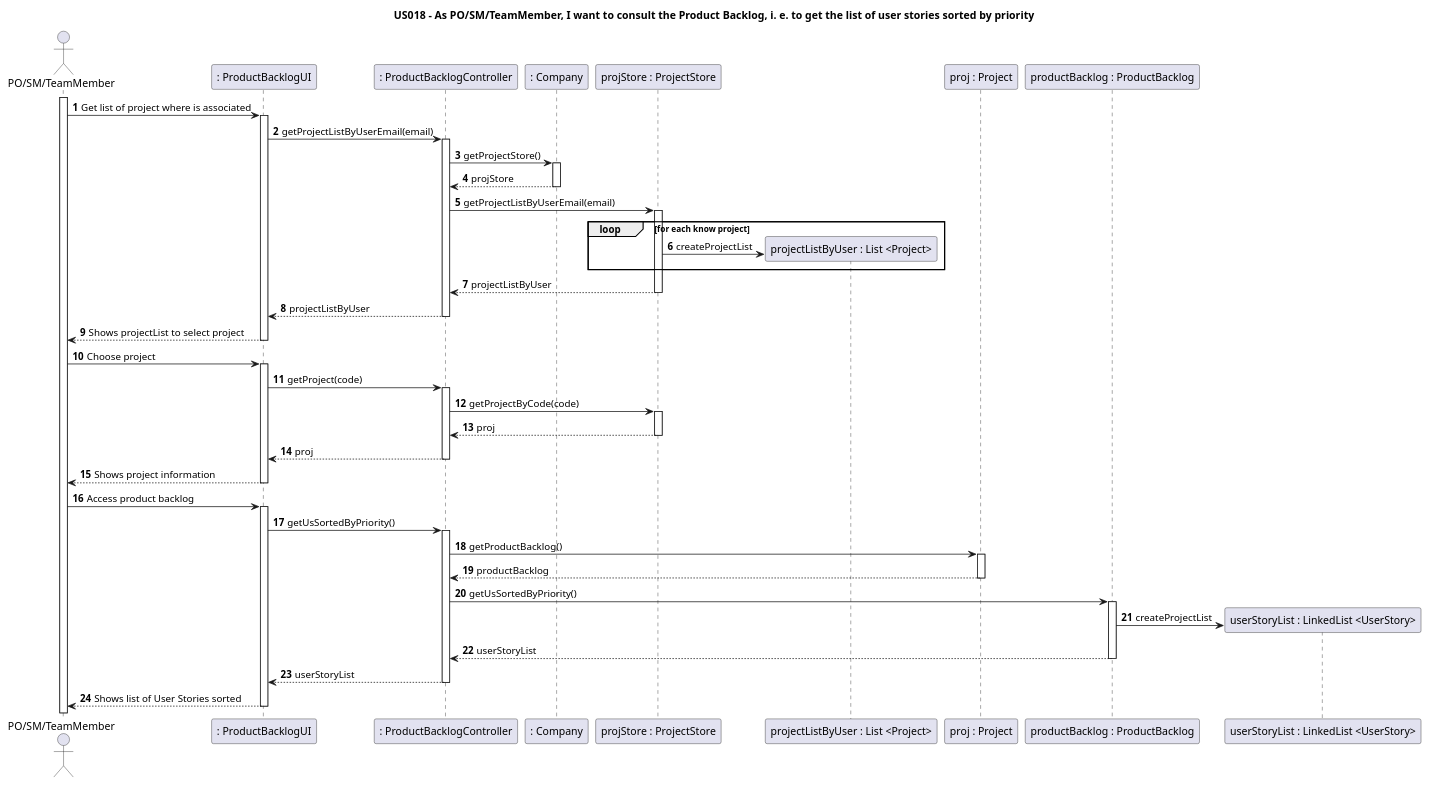
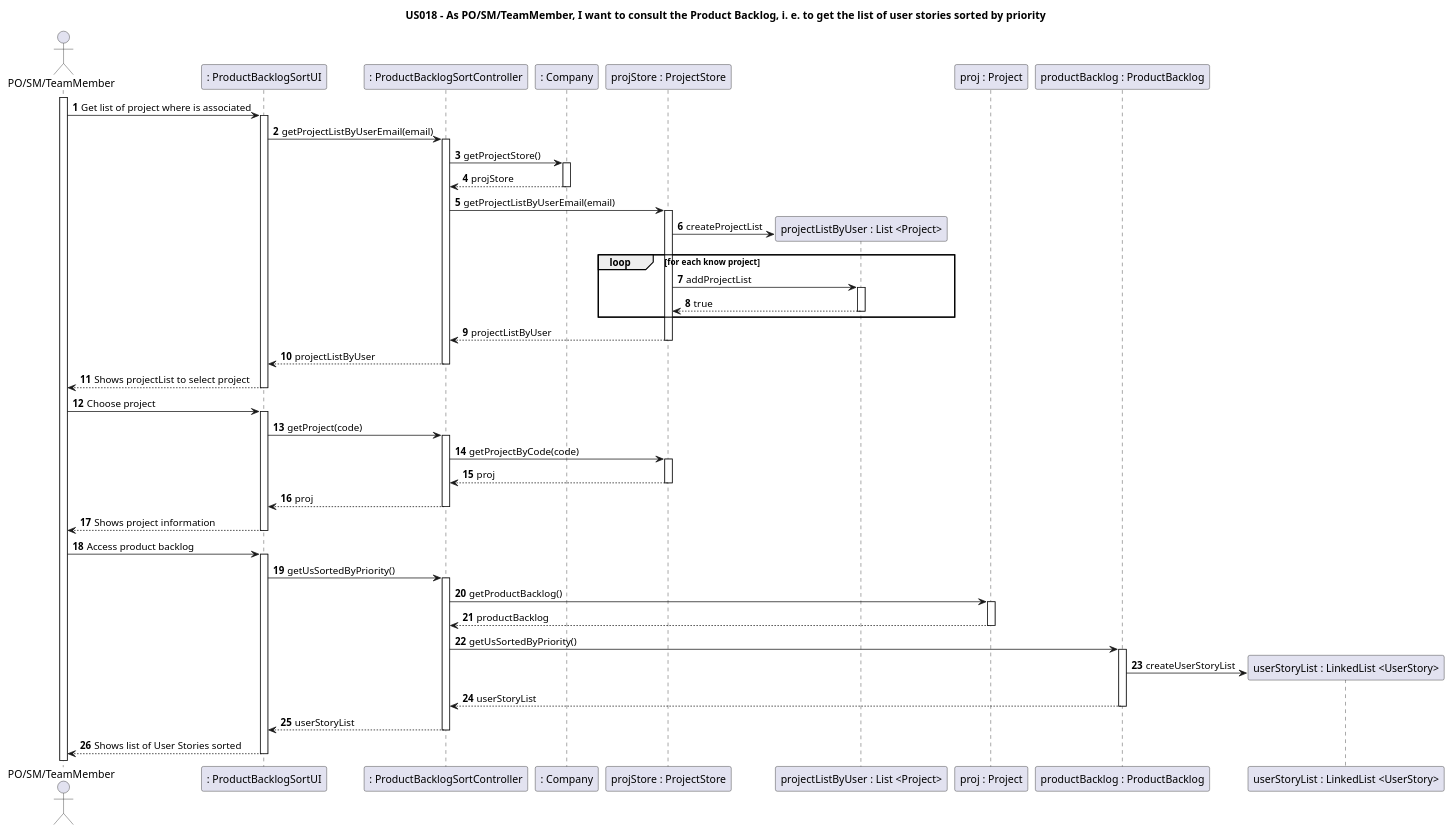
Before and after one commit to nunogon1211787/projectManagement: the diagram in docs/US018/US18-SD.puml, drawn with PlantUML. The commit also changed 13 other files, not shown here.

```diff
--- a/docs/US018/US18-SD.puml
+++ b/docs/US018/US18-SD.puml
@@ -1,52 +1,54 @@
 @startuml
 'https://plantuml.com/sequence-diagram
 
 title US018 - As PO/SM/TeamMember, I want to consult the Product Backlog, i. e. to get the list of user stories sorted by priority
 
 autoactivate on
 autonumber
 
 actor "PO/SM/TeamMember" as User
-participant ": ProductBacklogUI" as System
-participant ": ProductBacklogController" as Ctrl
+participant ": ProductBacklogSortUI" as System
+participant ": ProductBacklogSortController" as Ctrl
 participant ": Company" as C1
 participant "projStore : ProjectStore" as C2
 participant "projectListByUser : List <Project>" as C2.1
 participant "proj : Project" as C3
 participant "productBacklog : ProductBacklog" as C4
 participant "userStoryList : LinkedList <UserStory>" as C4.1
 
 activate User
 
 User -> System: Get list of project where is associated
 System -> Ctrl: getProjectListByUserEmail(email)
 Ctrl -> C1: getProjectStore()
 C1 --> Ctrl: projStore
 Ctrl -> C2: getProjectListByUserEmail(email)
+
+C2 -> C2.1 ** : createProjectList
+
  loop for each know project
-C2 -> C2.1 ** : createProjectList
+C2->C2.1 : addProjectList
+C2.1-->C2 : true
 end
-
-
 C2 --> Ctrl: projectListByUser
 Ctrl --> System: projectListByUser
 System --> User : Shows projectList to select project
 
 User -> System: Choose project
 System -> Ctrl: getProject(code)
 Ctrl -> C2 : getProjectByCode(code)
 C2 --> Ctrl : proj
 Ctrl --> System : proj
 System --> User :Shows project information
 
 User -> System: Access product backlog
 System -> Ctrl: getUsSortedByPriority()
 Ctrl-> C3 : getProductBacklog()
 C3 --> Ctrl : productBacklog
 Ctrl -> C4 : getUsSortedByPriority()
-C4 -> C4.1 ** : createProjectList
+C4 -> C4.1 ** : createUserStoryList
 C4-->Ctrl : userStoryList
 Ctrl --> System : userStoryList
 System --> User : Shows list of User Stories sorted
 
 @enduml
```
